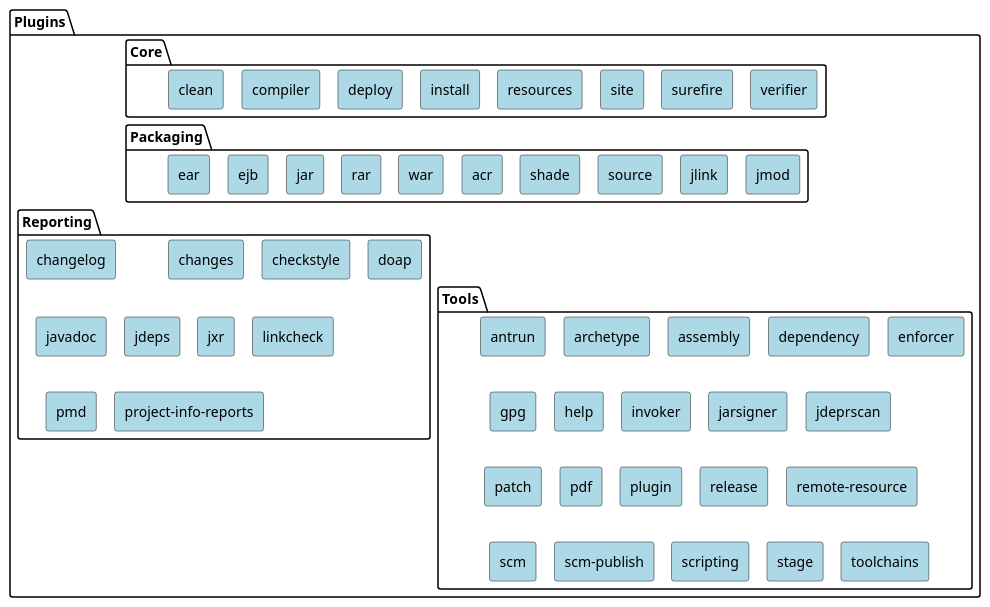
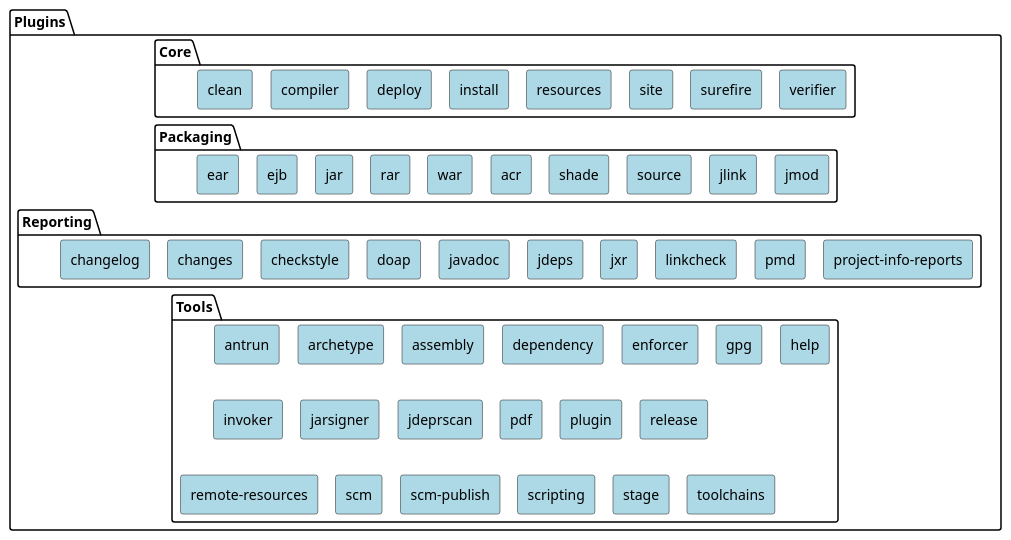
One commit to apache/maven-site changed the diagram in src/plantuml/maven-sources/plugins.puml. Above: the diagram before and after it, drawn with PlantUML. The commit also changed 6 other files, not shown here.

Commit message:
Create PlantUML diagramms for Maven sources page.

```diff
--- a/src/plantuml/maven-sources/plugins.puml
+++ b/src/plantuml/maven-sources/plugins.puml
@@ -19,98 +19,181 @@
 @startuml
 !pragma layout smetana
 
-skinparam rectangle {
-  BackgroundColor LightBlue
+<style>
+    rectangle {
+        BackgroundColor LightBlue
+    }
 }
-
+</style>
 
 package Plugins {
 
   package Core {
     rectangle clean
     rectangle compiler
     rectangle deploy
     rectangle install
     rectangle resources
     rectangle site
     rectangle surefire
     rectangle verifier
   }
 
   package Packaging {
     rectangle ear
     rectangle ejb
     rectangle jar
     rectangle rar
     rectangle war
     rectangle acr
     rectangle shade
     rectangle source
     rectangle jlink
     rectangle jmod
   }
 
   package Reporting {
     rectangle changelog
     rectangle changes
     rectangle checkstyle
     rectangle doap
     rectangle javadoc
     rectangle jdeps
     rectangle jxr
     rectangle linkcheck
     rectangle pmd
     rectangle "project-info-reports"
   }
 
-  package Tools {
+  package Tools{
     rectangle antrun
     rectangle archetype
     rectangle assembly
     rectangle dependency
     rectangle enforcer
     rectangle gpg
     rectangle help
     rectangle invoker
     rectangle jarsigner
     rectangle jdeprscan
-    rectangle patch
     rectangle pdf
     rectangle plugin
     rectangle release
-    rectangle "remote-resource"
+    rectangle "remote-resources"
     rectangle scm
     rectangle "scm-publish"
     rectangle scripting
     rectangle stage
     rectangle toolchains
   }
 }
 
 'hidden dependencies to change layout
-Core      -[hidden]-> Packaging
-Packaging -[hidden]-> Reporting
-Reporting -[hidden]-> Tools
+Core      -[hidden]down-> Packaging
+Packaging -[hidden]down-> Reporting
+Packaging -[hidden]down-> Tools
+Reporting -[hidden]down-> Tools
 
 clean     -[hidden]> compiler
 compiler  -[hidden]> deploy
 deploy    -[hidden]> install
 install   -[hidden]> resources
 resources -[hidden]> site
 site      -[hidden]> surefire
 surefire  -[hidden]> verifier
 
 ear       -[hidden]> ejb
 ejb       -[hidden]> jar
 jar       -[hidden]> rar
 rar       -[hidden]> war
 war       -[hidden]> acr
 acr       -[hidden]> shade
 shade     -[hidden]> source
 source    -[hidden]> jlink
 jlink     -[hidden]> jmod
 
+changelog -[hidden]> changes
+changes  -[hidden]> checkstyle
+checkstyle -[hidden]> doap
+doap -[hidden]> javadoc
+javadoc -[hidden]> jdeps
+jdeps -[hidden]> jxr
+jxr  -[hidden]> linkcheck
+linkcheck -[hidden]> pmd
+pmd -[hidden]> "project-info-reports"
+
+antrun -[hidden]> archetype
+archetype -[hidden]> assembly
+assembly -[hidden]> dependency
+dependency -[hidden]> enforcer
+enforcer -[hidden]> gpg
+gpg -[hidden]> help
+
+antrun -[hidden]down->invoker
+invoker -[hidden]> jarsigner
+jarsigner -[hidden]> jdeprscan
+jdeprscan -[hidden]> pdf
+pdf -[hidden]> plugin
+plugin -[hidden]> release
+invoker -[hidden]down->"remote-resources"
+"remote-resources" -[hidden]> scm
+scm -[hidden]> "scm-publish"
+"scm-publish" -[hidden]> scripting
+scripting -[hidden]> stage
+stage -[hidden]> toolchains
+
+
 
 url of clean is [[https://github.com/apache/maven-clean-plugin]]
+url of compiler is [[https://github.com/apache/maven-compiler-plugin]]
+url of deploy is [[https://github.com/apache/maven-deploy-plugin]]
+url of install is [[https://github.com/apache/maven-install-plugin]]
+url of resources is [[https://github.com/apache/maven-resources-plugin]]
+url of site is [[https://github.com/apache/maven-site-plugin]]
+url of surefire is [[https://github.com/apache/maven-surefire]]
+url of verifier is [[https://github.com/apache/maven-verifier-plugin]]
+
+url of ear is [[https://github.com/apache/maven-ear-plugin]]
+url of ejb is [[https://github.com/apache/maven-ejb-plugin]]
+url of jar is [[https://github.com/apache/maven-jar-plugin]]
+url of rar is [[https://github.com/apache/maven-rar-plugin]]
+url of war is [[https://github.com/apache/maven-war-plugin]]
+url of acr is [[https://github.com/apache/maven-acr-plugin]]
+url of shade is [[https://github.com/apache/maven-shade-plugin]]
+url of source is [[https://github.com/apache/maven-source-plugin]]
+url of jlink is [[https://github.com/apache/maven-jlink-plugin]]
+url of jmod is [[https://github.com/apache/maven-jmod-plugin]]
+
+url of changelog is [[https://github.com/apache/maven-changelog-plugin]]
+url of changes is [[https://github.com/apache/maven-changes-plugin]]
+url of checkstyle is [[https://github.com/apache/maven-checkstyle-plugin]]
+url of doap is [[https://github.com/apache/maven-doap-plugin]]
+url of javadoc is [[https://github.com/apache/maven-javadoc-plugin]]
+url of jdeps is [[https://github.com/apache/maven-jdeps-plugin]]
+url of jxr is [[https://github.com/apache/maven-jxr]]
+url of linkcheck is [[https://github.com/apache/maven-linkcheck-plugin]]
+url of pmd is [[https://github.com/apache/maven-pmd-plugin]]
+url of "project-info-reports" is [[https://github.com/apache/maven-project-info-reports-plugin]]
+
+url of antrun is [[https://github.com/apache/maven-antrun-plugin]]
+url of archetype is [[https://github.com/apache/maven-archetype]]
+url of assembly is [[https://github.com/apache/maven-assembly-plugin]]
+url of dependency is [[https://github.com/apache/maven-dependency-plugin]]
+url of enforcer is [[https://github.com/apache/maven-enforcer]]
+url of gpg is [[https://github.com/apache/maven-gpg-plugin]]
+url of help is [[https://github.com/apache/maven-help-plugin]]
+url of invoker is [[https://github.com/apache/maven-invoker-plugin]]
+url of jarsigner is [[https://github.com/apache/maven-jarsigner-plugin]]
+url of jdeprscan is [[https://github.com/apache/maven-jdeprscan-plugin]]
+url of pdf is [[https://github.com/apache/maven-pdf-plugin]]
+url of plugin is [[https://github.com/apache/maven-plugin-tools]]
+url of release is [[https://github.com/apache/maven-release]]
+url of "remote-resources" is [[https://github.com/apache/maven-remote-resources-plugin]]
+url of scm is [[https://github.com/apache/maven-scm]]
+url of "scm-publish" is [[https://github.com/apache/maven-scm-publish-plugin]]
+url of scripting is [[https://github.com/apache/maven-scripting-plugin]]
+url of stage is [[https://github.com/apache/maven-stage-plugin]]
+url of toolchains is [[https://github.com/apache/maven-toolchains-plugin]]
+
 
 @enduml
```
